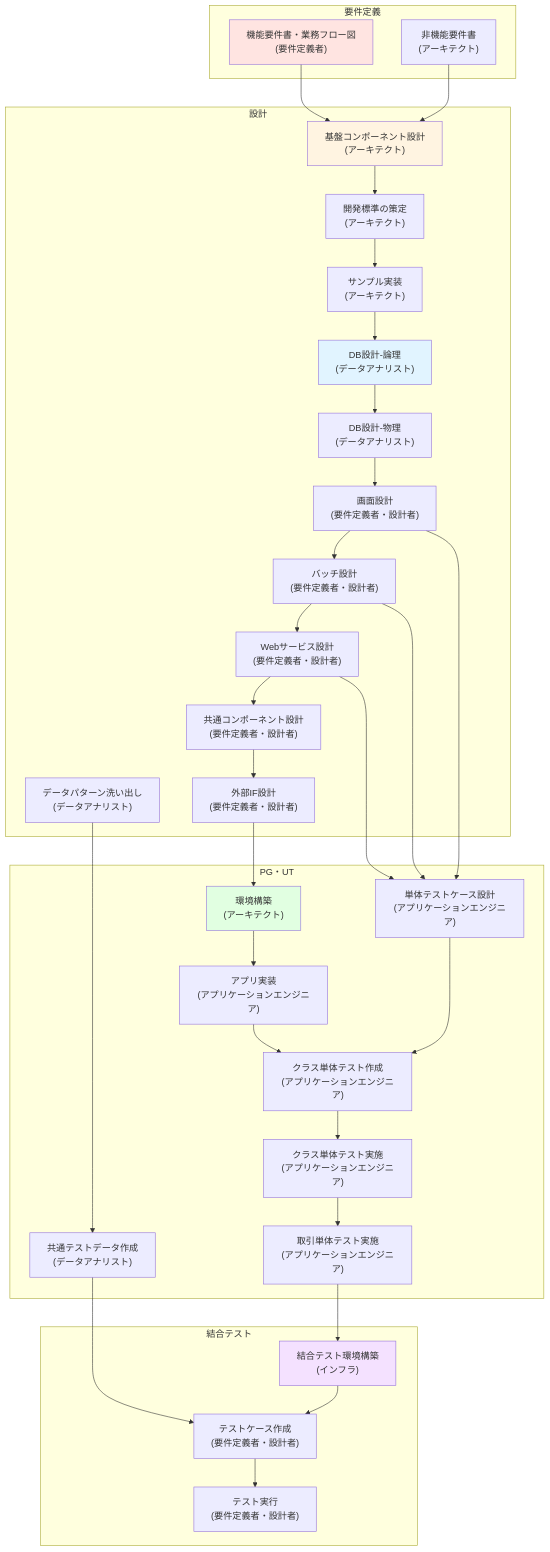
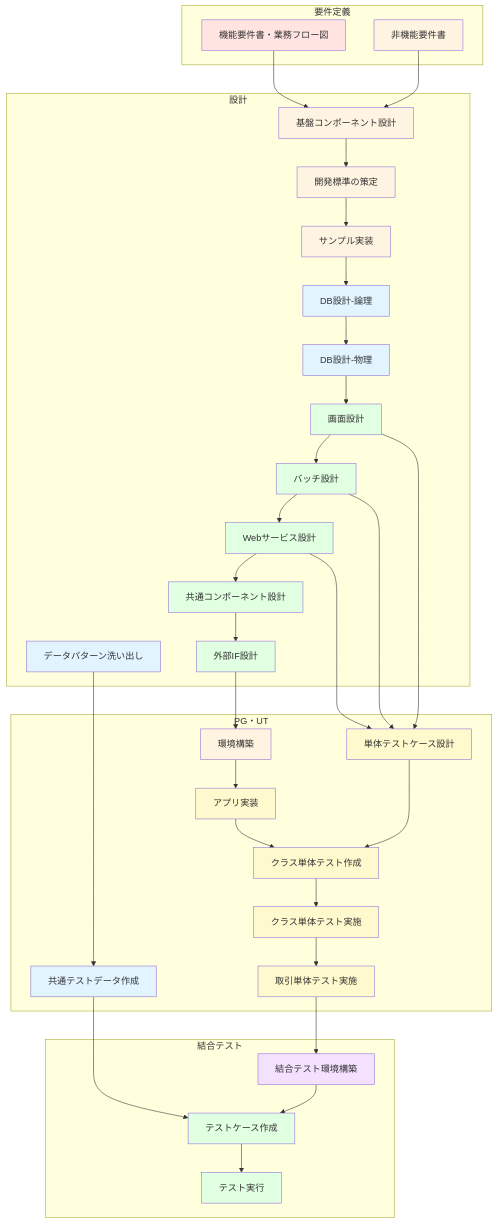
The first of 2 diagrams in doc/tobe-vision-development-process-ja.md (nablarch/nabledge-dev), drawn with Mermaid before and after one commit. The commit also changed other lines of this file, not shown here.

First line of the commit message:
Add role color legend and remove inline role labels from diagrams

````diff
--- a/doc/tobe-vision-development-process-ja.md
+++ b/doc/tobe-vision-development-process-ja.md
@@ -21,38 +32,38 @@
 ```mermaid
 graph TB
     subgraph req["要件定義"]
-        A1["機能要件書・業務フロー図<br/>(要件定義者)"]
-        A2["非機能要件書<br/>(アーキテクト)"]
+        A1["機能要件書・業務フロー図"]
+        A2["非機能要件書"]
     end
 
     subgraph design["設計"]
-        B1["基盤コンポーネント設計<br/>(アーキテクト)"]
-        B2["開発標準の策定<br/>(アーキテクト)"]
-        B3["サンプル実装<br/>(アーキテクト)"]
-        C1["DB設計-論理<br/>(データアナリスト)"]
-        C2["DB設計-物理<br/>(データアナリスト)"]
-        C3["データパターン洗い出し<br/>(データアナリスト)"]
-        D1["画面設計<br/>(要件定義者・設計者)"]
-        D2["バッチ設計<br/>(要件定義者・設計者)"]
-        D3["Webサービス設計<br/>(要件定義者・設計者)"]
-        D4["共通コンポーネント設計<br/>(要件定義者・設計者)"]
-        D5["外部IF設計<br/>(要件定義者・設計者)"]
+        B1["基盤コンポーネント設計"]
+        B2["開発標準の策定"]
+        B3["サンプル実装"]
+        C1["DB設計-論理"]
+        C2["DB設計-物理"]
+        C3["データパターン洗い出し"]
+        D1["画面設計"]
+        D2["バッチ設計"]
+        D3["Webサービス設計"]
+        D4["共通コンポーネント設計"]
+        D5["外部IF設計"]
     end
 
     subgraph pgut["PG・UT"]
-        E1["環境構築<br/>(アーキテクト)"]
-        E2["アプリ実装<br/>(アプリケーションエンジニア)"]
-        E3["単体テストケース設計<br/>(アプリケーションエンジニア)"]
-        E4["クラス単体テスト作成<br/>(アプリケーションエンジニア)"]
-        E5["クラス単体テスト実施<br/>(アプリケーションエンジニア)"]
-        E6["取引単体テスト実施<br/>(アプリケーションエンジニア)"]
-        E7["共通テストデータ作成<br/>(データアナリスト)"]
+        E1["環境構築"]
+        E2["アプリ実装"]
+        E3["単体テストケース設計"]
+        E4["クラス単体テスト作成"]
+        E5["クラス単体テスト実施"]
+        E6["取引単体テスト実施"]
+        E7["共通テストデータ作成"]
     end
 
     subgraph it["結合テスト"]
-        F1["結合テスト環境構築<br/>(インフラ)"]
-        F2["テストケース作成<br/>(要件定義者・設計者)"]
-        F3["テスト実行<br/>(要件定義者・設計者)"]
+        F1["結合テスト環境構築"]
+        F2["テストケース作成"]
+        F3["テスト実行"]
     end
 
     A1 --> B1
@@ -81,9 +92,38 @@
     F1 --> F2
     F2 --> F3
 
+    %% 要件定義者
     style A1 fill:#ffe4e1
+
+    %% アーキテクト
+    style A2 fill:#fff4e1
     style B1 fill:#fff4e1
+    style B2 fill:#fff4e1
+    style B3 fill:#fff4e1
+    style E1 fill:#fff4e1
+
+    %% データアナリスト
     style C1 fill:#e1f4ff
-    style E1 fill:#e1ffe1
+    style C2 fill:#e1f4ff
+    style C3 fill:#e1f4ff
+    style E7 fill:#e1f4ff
+
+    %% 要件定義者／設計者
+    style D1 fill:#e1ffe1
+    style D2 fill:#e1ffe1
+    style D3 fill:#e1ffe1
+    style D4 fill:#e1ffe1
+    style D5 fill:#e1ffe1
+    style F2 fill:#e1ffe1
+    style F3 fill:#e1ffe1
+
+    %% アプリケーションエンジニア
+    style E2 fill:#fffacd
+    style E3 fill:#fffacd
+    style E4 fill:#fffacd
+    style E5 fill:#fffacd
+    style E6 fill:#fffacd
+
+    %% インフラ
     style F1 fill:#f4e1ff
 ```
````
